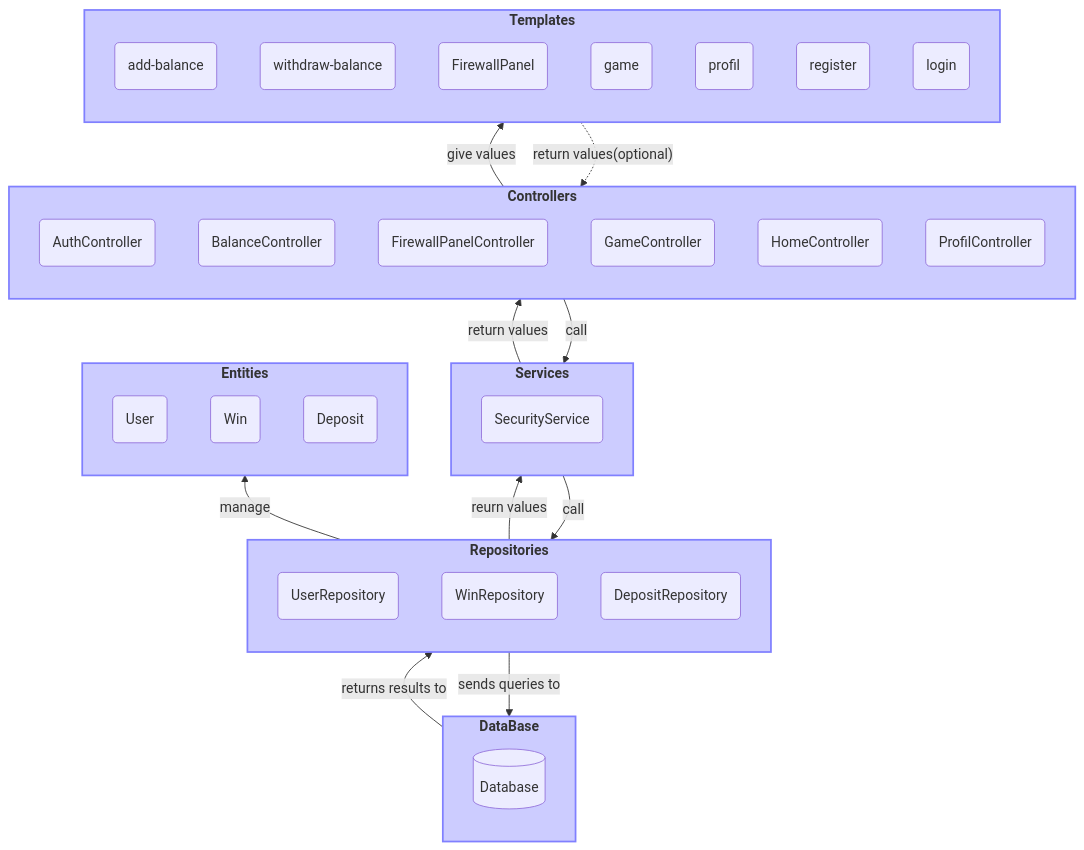
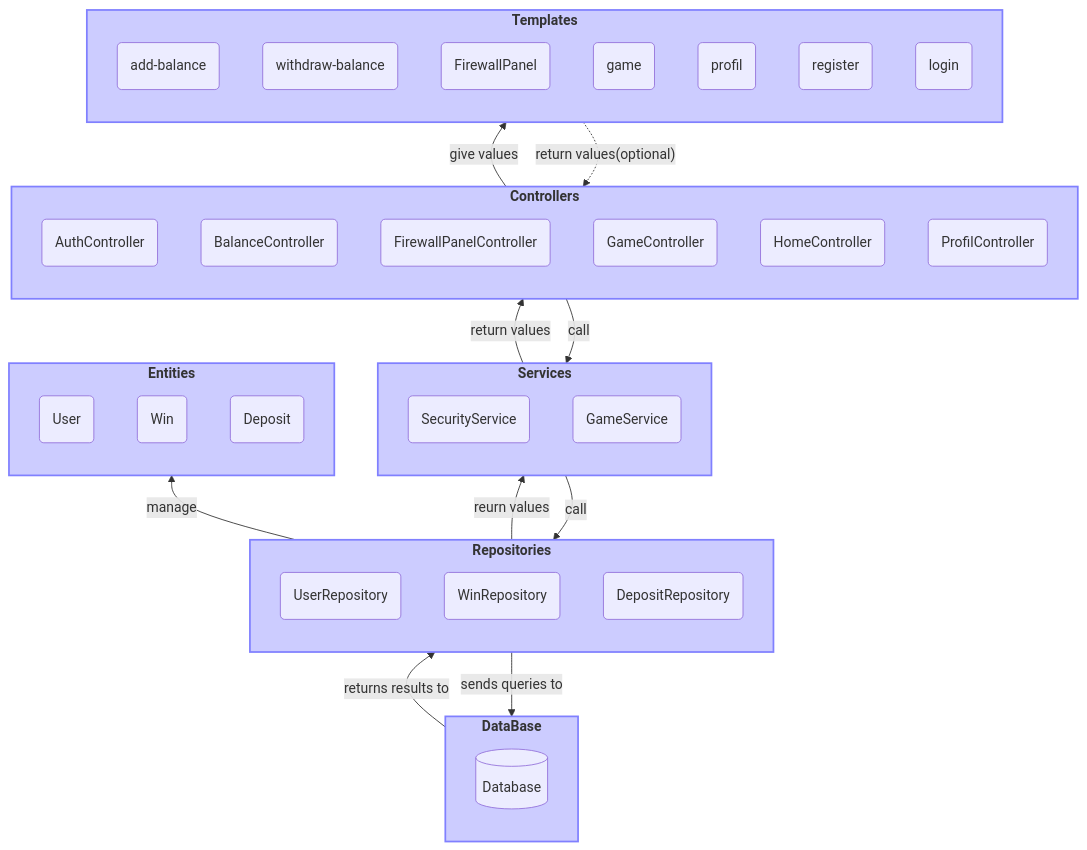
One commit to MaxWinDev/MaxWin changed the diagram in documentation/archi.md. Above: the diagram before and after it, drawn with Mermaid.

Commit message:
:bendo: update archi diagram with GameService

````diff
--- a/documentation/archi.md
+++ b/documentation/archi.md
@@ -1,58 +1,59 @@
 ``` mermaid
 graph BT;
     subgraph Services
         service1(SecurityService)
+        service2(GameService)
     end
 
     subgraph Controllers
         controller1(AuthController)
         controller2(BalanceController)
         controller3(FirewallPanelController)
         controller4(GameController)
         controller5(HomeController)
         controller6(ProfilController)
     end
     
     subgraph Templates
         template1(add-balance)
         template2(withdraw-balance)
         template3(FirewallPanel)
         template4(game)
         template5(profil)
         template6(register)
         template7(login)
     end
     
     subgraph Entities
         entity1(User)
         entity2(Win)
         entity3(Deposit)
     end
 
     subgraph Repositories
         repository1(UserRepository)
         repository2(WinRepository)
         repository3(DepositRepository)
     end
 
     subgraph DataBase
         id1[(Database)]
     end
 
     Controllers -- give values --> Templates
     Templates -. return values(optional) .-> Controllers
 
     Controllers -- call --> Services
     Services -- return values --> Controllers
 
     Services -- call --> Repositories
     Repositories -- reurn values --> Services
 
     Repositories -- manage --> Entities
 
     Repositories -- sends queries to --> DataBase
     DataBase -- returns results to --> Repositories
 
     classDef redBox fill:#ccccff, stroke:#8080ff, stroke-width:2px, font-weight:bold;
     class DataBase,Repositories,Entities,Controllers,Services,Templates redBox;
 ```
````
